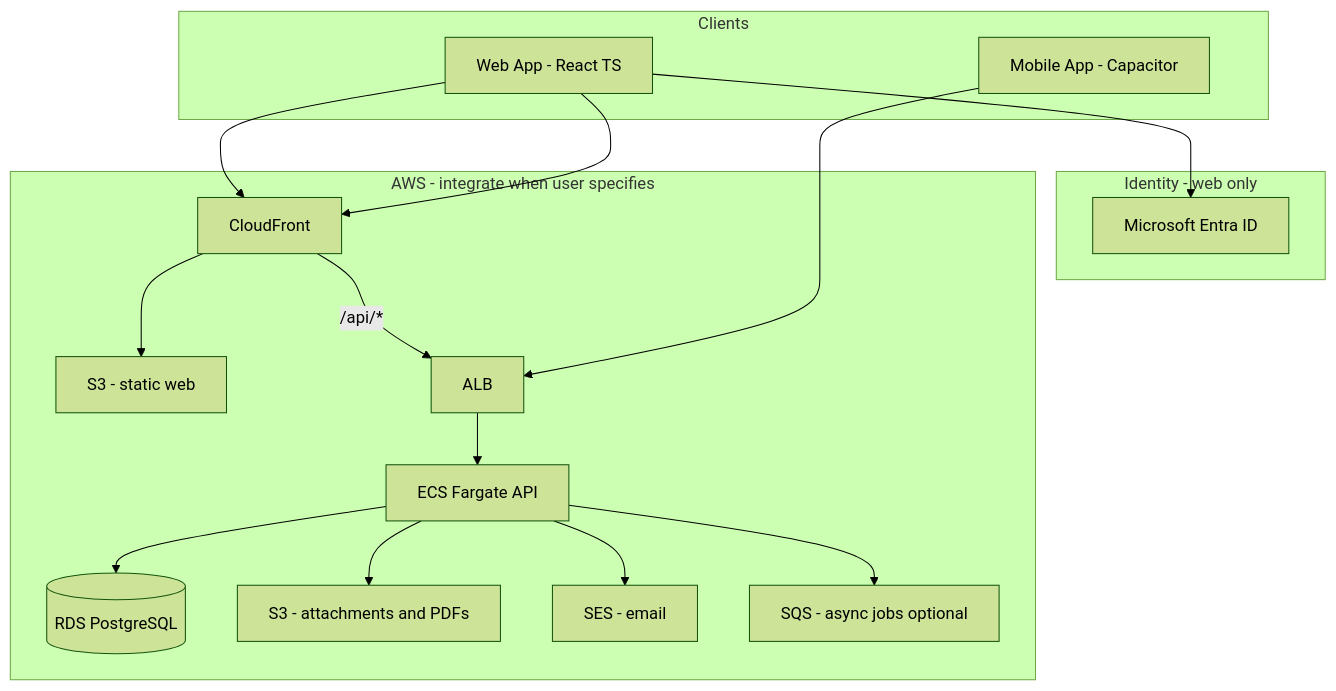
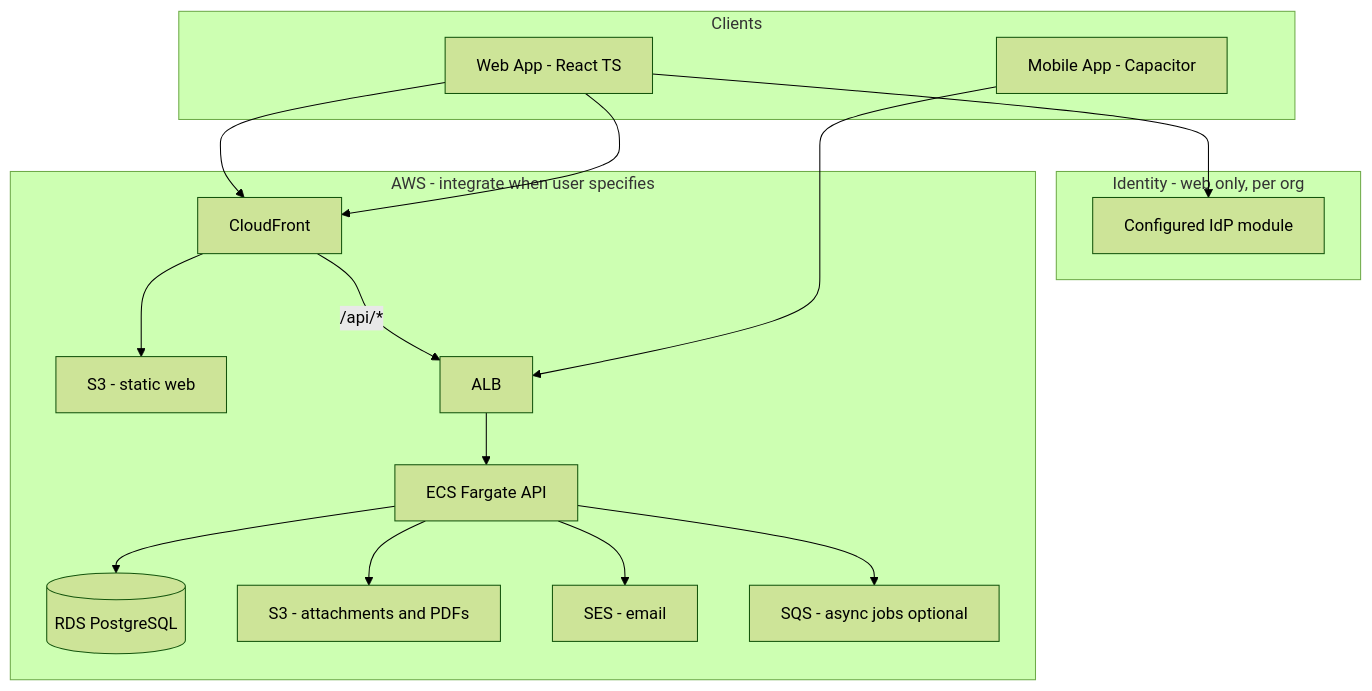
The first of 2 diagrams in docs/sdd.md (nolanvargas/Field), drawn with Mermaid (forest theme) before and after one commit. The commit also changed other lines of this file and 392 other files, not shown here.

````diff
--- a/docs/sdd.md
+++ b/docs/sdd.md
@@ -96,32 +99,32 @@
 ```mermaid
 flowchart TB
     subgraph clients [Clients]
         Web[Web App - React TS]
         Mobile[Mobile App - Capacitor]
     end
 
-    subgraph identity [Identity - web only]
-        Entra[Microsoft Entra ID]
+    subgraph identity [Identity - web only, per org]
+        IdP[Configured IdP module]
     end
 
     subgraph aws [AWS - integrate when user specifies]
         CF[CloudFront]
         S3Web[S3 - static web]
         ALB[ALB]
         API[ECS Fargate API]
         RDS[(RDS PostgreSQL)]
         S3Files[S3 - attachments and PDFs]
         SES[SES - email]
         SQS[SQS - async jobs optional]
     end
 
     Web --> CF --> S3Web
-    Web --> Entra
+    Web --> IdP
     Web --> CF
     CF -->|"/api/*"| ALB --> API
     Mobile --> ALB
     API --> RDS
     API --> S3Files
     API --> SES
     API --> SQS
 ```
````
